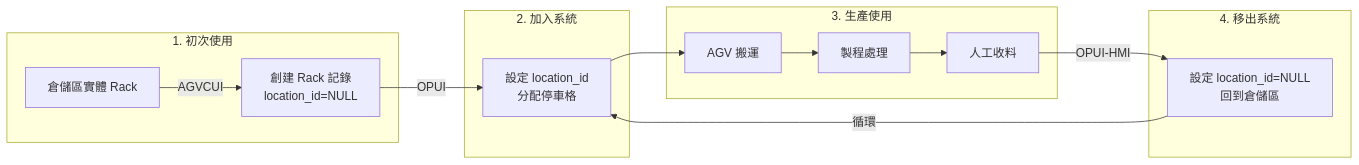
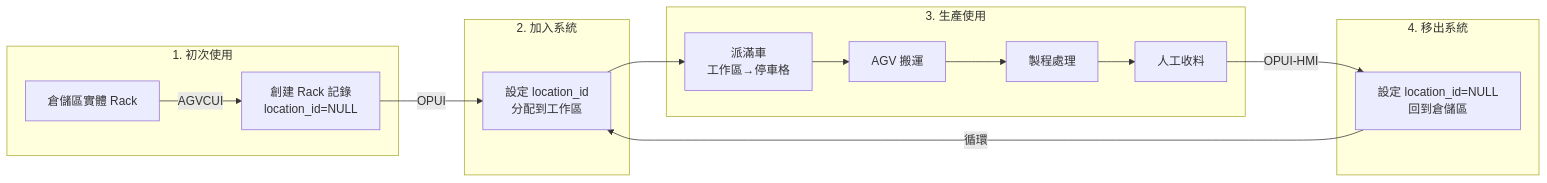
The diagram in docs-ai/knowledge/system/rack-management-architecture.md (AKIFALLY/EBD_agv), drawn with Mermaid before and after one commit. The commit also changed other lines of this file and 467 other files, not shown here.

````diff
--- a/docs-ai/knowledge/system/rack-management-architecture.md
+++ b/docs-ai/knowledge/system/rack-management-architecture.md
@@ -78,22 +102,23 @@
 ```mermaid
 graph LR
     subgraph "1. 初次使用"
         A[倉儲區實體 Rack] -->|AGVCUI| B[創建 Rack 記錄<br/>location_id=NULL]
     end
     
     subgraph "2. 加入系統"
-        B -->|OPUI| C[設定 location_id<br/>分配停車格]
+        B -->|OPUI| C[設定 location_id<br/>分配到工作區]
     end
     
     subgraph "3. 生產使用"
-        C --> D[AGV 搬運]
-        D --> E[製程處理]
-        E --> F[人工收料]
+        C --> D[派滿車<br/>工作區→停車格]
+        D --> E[AGV 搬運]
+        E --> F[製程處理]
+        F --> G[人工收料]
     end
     
     subgraph "4. 移出系統"
-        F -->|OPUI-HMI| G[設定 location_id=NULL<br/>回到倉儲區]
+        G -->|OPUI-HMI| H[設定 location_id=NULL<br/>回到倉儲區]
     end
-    
-    G -->|循環| C
+
+    H -->|循環| C
 ```
````
